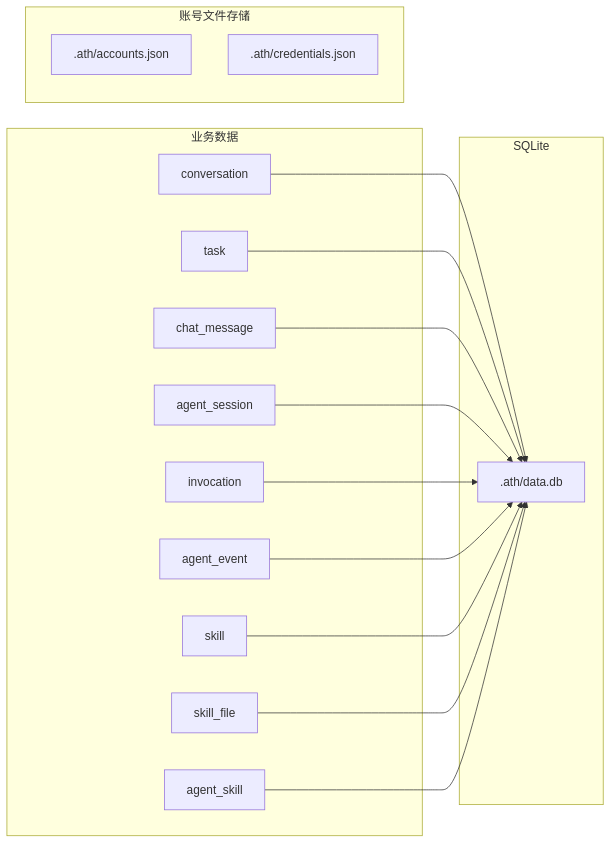
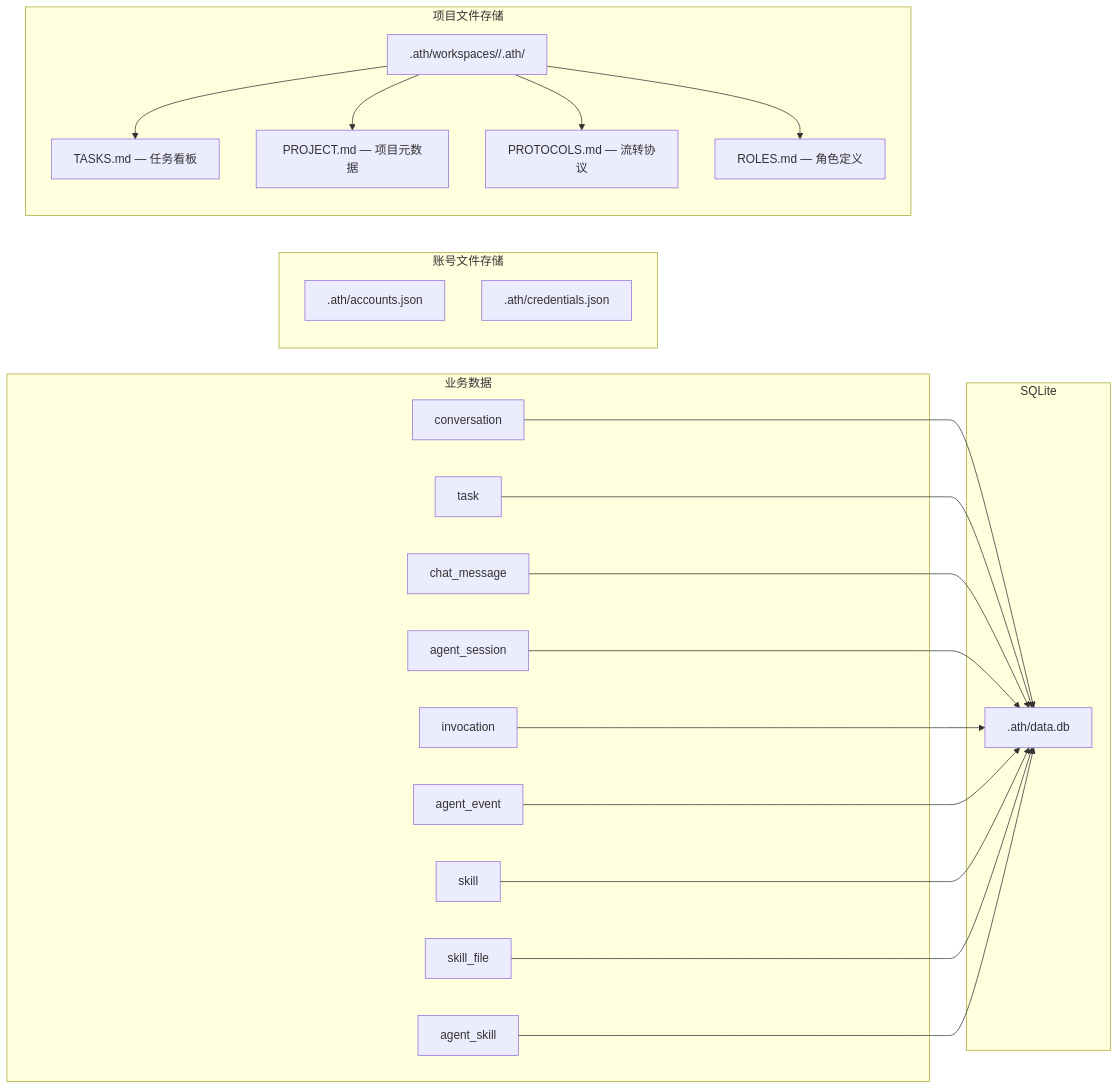
Before and after one commit to changhuaqiu/agent-task-team: the fifth of 5 diagrams in docs/wiki/07-architecture-diagrams.md, drawn with Mermaid. The commit also changed other lines of this file and 4 other files, not shown here.

First line of the commit message:
docs: update architecture docs for TASKS.md ↔ kanban sync

````diff
--- a/docs/wiki/07-architecture-diagrams.md
+++ b/docs/wiki/07-architecture-diagrams.md
@@ -180,33 +235,46 @@
 ```mermaid
 flowchart LR
   subgraph Business["业务数据"]
     Conversations["conversation"]
     Tasks["task"]
     Messages["chat_message"]
     Sessions["agent_session"]
     Invocations["invocation"]
     Events["agent_event"]
     Skills["skill"]
     SkillFiles["skill_file"]
     AgentSkills["agent_skill"]
   end
 
   subgraph DB["SQLite"]
     DataDB[".ath/data.db"]
   end
 
   subgraph AccountStorage["账号文件存储"]
     AccountsFile[".ath/accounts.json"]
     CredentialsFile[".ath/credentials.json"]
   end
 
+  subgraph ProjectFiles["项目文件存储"]
+    Workspaces[".ath/workspaces/<convId>/.ath/"]
+    TasksMdFile["TASKS.md — 任务看板"]
+    ProjectMd["PROJECT.md — 项目元数据"]
+    ProtocolsMd["PROTOCOLS.md — 流转协议"]
+    RolesMd["ROLES.md — 角色定义"]
+  end
+
   Conversations --> DataDB
   Tasks --> DataDB
   Messages --> DataDB
   Sessions --> DataDB
   Invocations --> DataDB
   Events --> DataDB
   Skills --> DataDB
   SkillFiles --> DataDB
   AgentSkills --> DataDB
+
+  Workspaces --> TasksMdFile
+  Workspaces --> ProjectMd
+  Workspaces --> ProtocolsMd
+  Workspaces --> RolesMd
 ```
````
